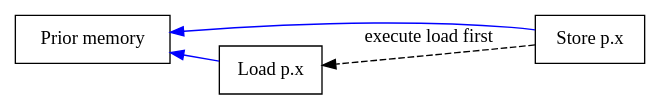
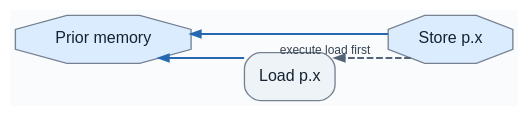
Before and after one commit to SeaOfNodes/Simple: the diagram in chapter10a/docs/example2c.gv, drawn with Graphviz. The commit also changed 175 other files, not shown here.

```diff
--- a/chapter10a/docs/example2c.gv
+++ b/chapter10a/docs/example2c.gv
@@ -1,9 +1,14 @@
 digraph Memory {
+  // IR styles match graph/web/render.js; arrows are use -> definition.
+  graph [bgcolor="#fafbfc" fontname="Helvetica" nodesep=0.35 ranksep=0.55 splines=ortho];
+  node [fontname="Helvetica" fontsize=12 color="#758191" fontcolor="#152330" shape=box style="rounded,filled" fillcolor="#edf3f7"];
+  edge [fontname="Helvetica" fontsize=9 color="#536477" fontcolor="#364352" arrowsize=0.7 penwidth=1.5];
+
   rankdir=RL;
-  node [shape=box];
-  M [label="Prior memory"];
-  L [label="Load p.x"];
-  S [label="Store p.x"];
-  L -> M [color=blue]; S -> M [color=blue];
-  S -> L [style=dashed,label="execute load first"];
+
+  M [label="Prior memory" shape=octagon style="filled" fillcolor="#dcecff"];
+  L [label="Load p.x" shape=box style="rounded,filled" fillcolor="#edf3f7"];
+  S [label="Store p.x" shape=octagon style="filled" fillcolor="#dcecff"];
+  L -> M [color="#2867b2"]; S -> M [color="#2867b2"];
+  S -> L [style=dashed,xlabel="execute load first"];
 }
```
